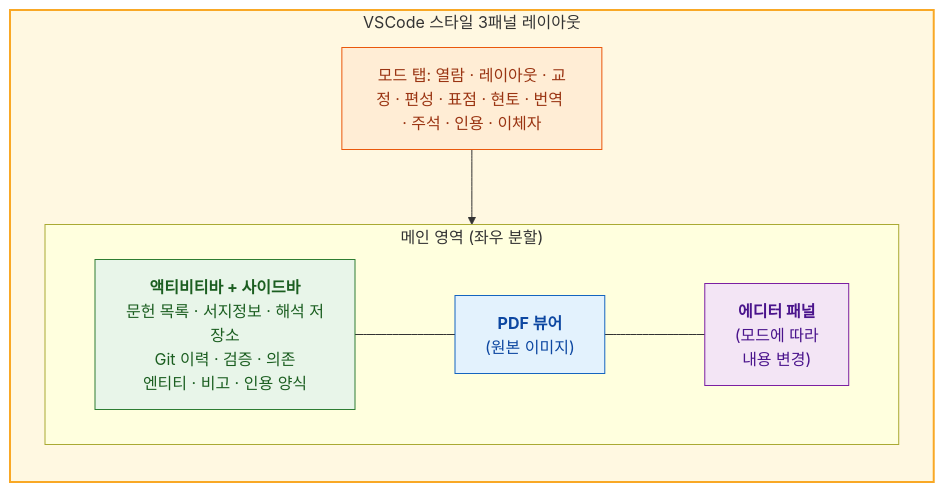
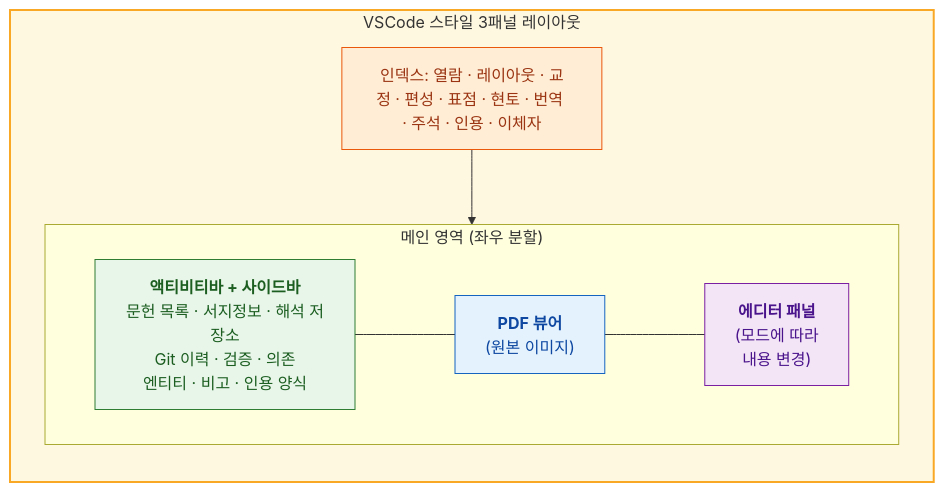
Before and after one commit to hw725/classical-text-browser: the second of 2 diagrams in docs/user-guide.md, drawn with Mermaid. The commit also changed other lines of this file and 23 other files, not shown here.

````diff
--- a/docs/user-guide.md
+++ b/docs/user-guide.md
@@ -255,23 +256,23 @@
 ```mermaid
 flowchart TB
   subgraph layout["VSCode 스타일 3패널 레이아웃"]
     direction TB
-    modetab["모드 탭: 열람 · 레이아웃 · 교정 · 편성 · 표점 · 현토 · 번역 · 주석 · 인용 · 이체자"]
+    modetab["인덱스: 열람 · 레이아웃 · 교정 · 편성 · 표점 · 현토 · 번역 · 주석 · 인용 · 이체자"]
 
     subgraph main["메인 영역 (좌우 분할)"]
       direction LR
       sidebar["<b>액티비티바 + 사이드바</b><br/>문헌 목록 · 서지정보 · 해석 저장소<br/>Git 이력 · 검증 · 의존<br/>엔티티 · 비고 · 인용 양식"]
       pdf["<b>PDF 뷰어</b><br/>(원본 이미지)"]
       editor["<b>에디터 패널</b><br/>(모드에 따라<br/>내용 변경)"]
       sidebar --- pdf --- editor
     end
 
     modetab --> main
   end
 
   style layout fill:#fff8e1,stroke:#f9a825,stroke-width:2px
   style modetab fill:#ffedd5,stroke:#ea580c,color:#9a3412
   style sidebar fill:#e8f5e9,stroke:#2e7d32,color:#1b5e20
   style pdf fill:#e3f2fd,stroke:#1565c0,color:#0d47a1
   style editor fill:#f3e5f5,stroke:#7b1fa2,color:#4a148c
 ```
````
